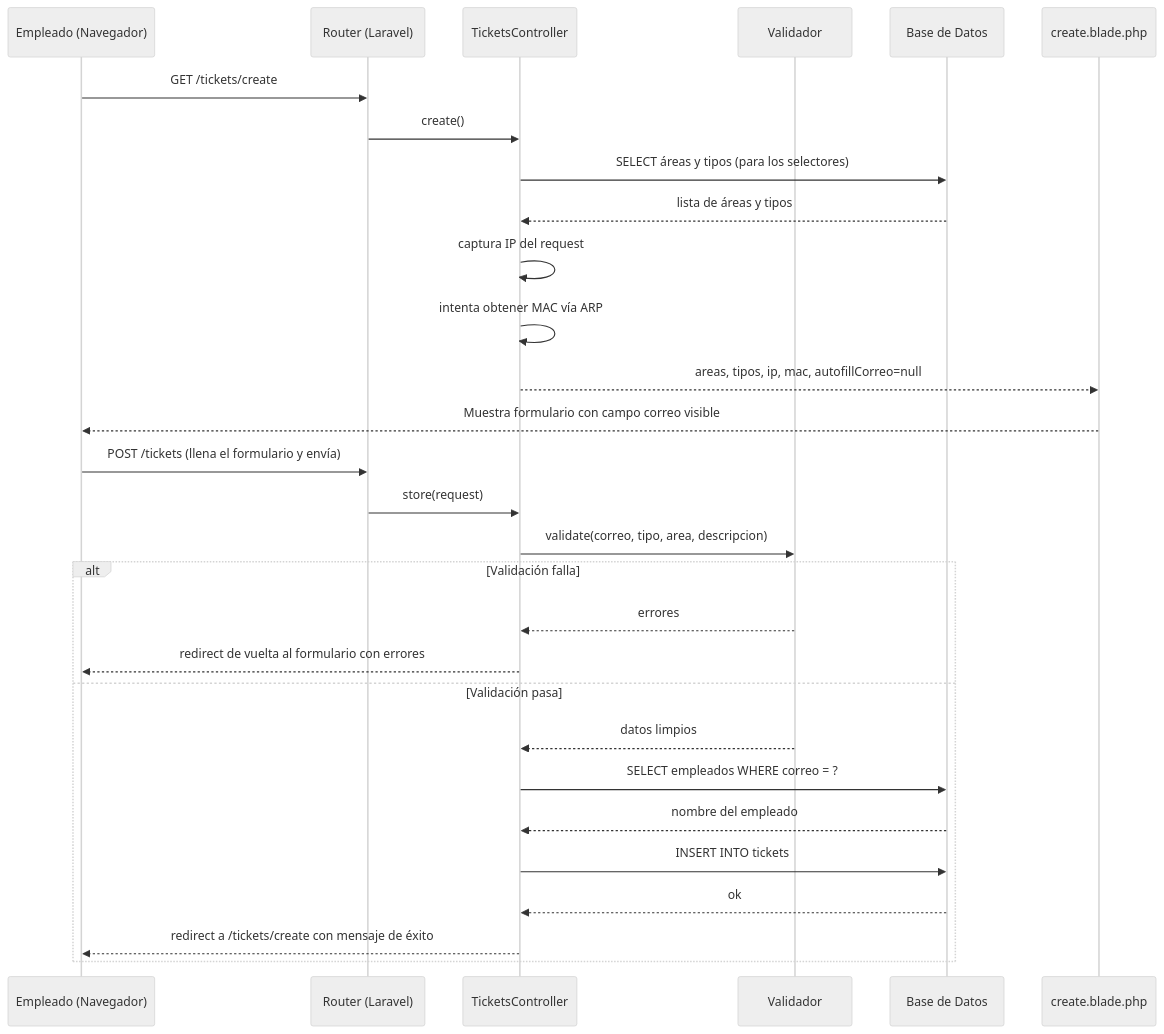
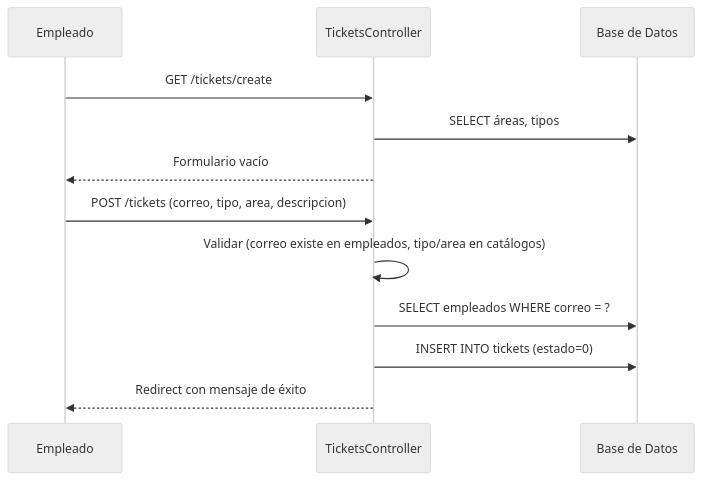
The first of 3 diagrams in IMJUnificado/Doc/modulo-tickets.md (SoporteIMJUVE/IMJTickets), drawn with Mermaid (neutral theme) before and after one commit. The commit also changed other lines of this file and 10 other files, not shown here.

````diff
--- a/IMJUnificado/Doc/modulo-tickets.md
+++ b/IMJUnificado/Doc/modulo-tickets.md
@@ -84,34 +138,16 @@
 ```mermaid
 sequenceDiagram
-    participant E as Empleado (Navegador)
-    participant R as Router (Laravel)
+    participant E as Empleado
     participant C as TicketsController
-    participant V as Validador
     participant BD as Base de Datos
-    participant Vista as create.blade.php
 
-    E->>R: GET /tickets/create
-    R->>C: create()
-    C->>BD: SELECT áreas y tipos (para los selectores)
-    BD-->>C: lista de áreas y tipos
-    C->>C: captura IP del request
-    C->>C: intenta obtener MAC vía ARP
-    C-->>Vista: areas, tipos, ip, mac, autofillCorreo=null
-    Vista-->>E: Muestra formulario con campo correo visible
+    E->>C: GET /tickets/create
+    C->>BD: SELECT áreas, tipos
+    C-->>E: Formulario vacío
 
-    E->>R: POST /tickets (llena el formulario y envía)
-    R->>C: store(request)
-    C->>V: validate(correo, tipo, area, descripcion)
-
-    alt Validación falla
-        V-->>C: errores
-        C-->>E: redirect de vuelta al formulario con errores
-    else Validación pasa
-        V-->>C: datos limpios
-        C->>BD: SELECT empleados WHERE correo = ?
-        BD-->>C: nombre del empleado
-        C->>BD: INSERT INTO tickets
-        BD-->>C: ok
-        C-->>E: redirect a /tickets/create con mensaje de éxito
-    end
+    E->>C: POST /tickets (correo, tipo, area, descripcion)
+    C->>C: Validar (correo existe en empleados, tipo/area en catálogos)
+    C->>BD: SELECT empleados WHERE correo = ?
+    C->>BD: INSERT INTO tickets (estado=0)
+    C-->>E: Redirect con mensaje de éxito
 ```
````
